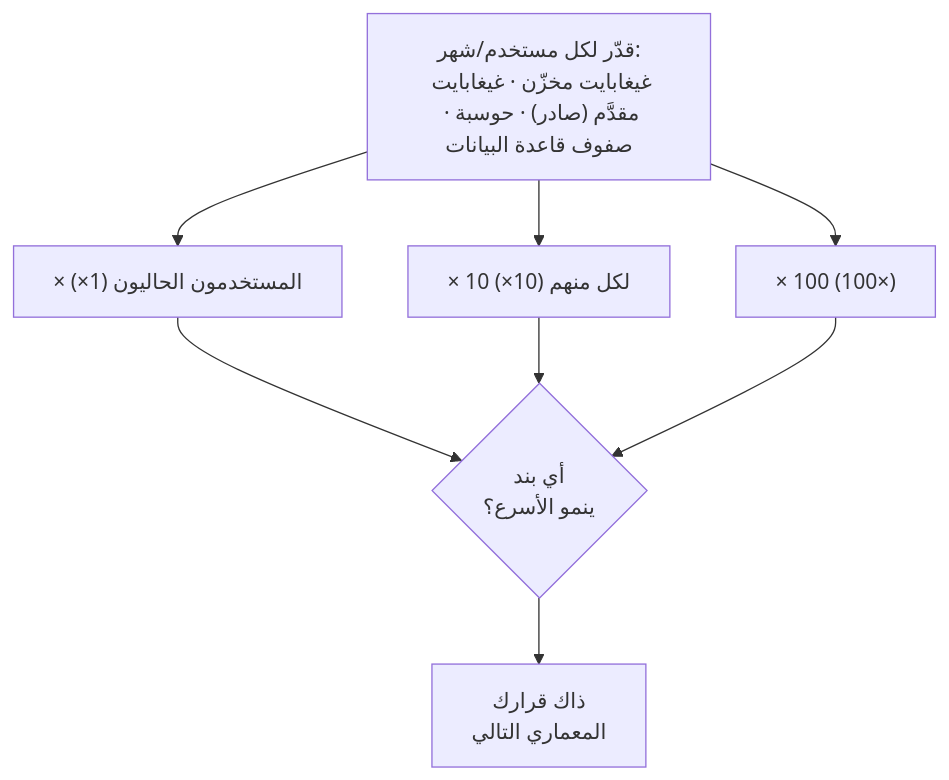
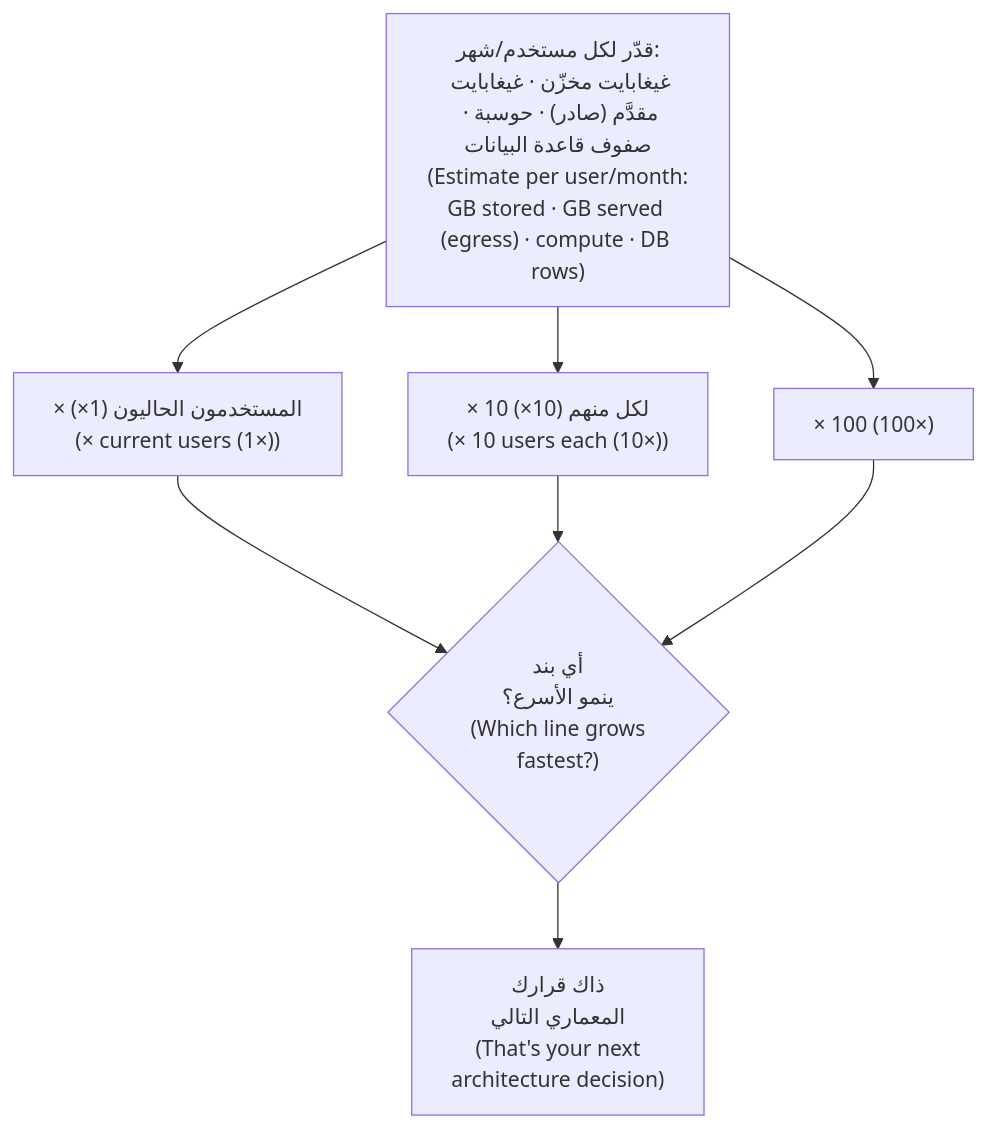
The fourth of 5 diagrams in modules/11-reaching-the-world/module.ar.md (Tamoura/system-design-for-vibe-coders), drawn with Mermaid before and after one commit. The commit also changed other lines of this file and 62 other files, not shown here.

First line of the commit message:
Arabic editions: English on every diagram label, RTL fixes, rebuild

````diff
--- a/modules/11-reaching-the-world/module.ar.md
+++ b/modules/11-reaching-the-world/module.ar.md
@@ -333,8 +333,8 @@
 ```mermaid
 flowchart TD
-    A["قدّر لكل مستخدم/شهر:<br/>غيغابايت مخزّن · غيغابايت مقدَّم (صادر) · حوسبة · صفوف قاعدة البيانات"] --> B["× المستخدمون الحاليون (1×)"]
-    A --> C["× 10 لكل منهم (10×)"]
+    A["قدّر لكل مستخدم/شهر:<br/>غيغابايت مخزّن · غيغابايت مقدَّم (صادر) · حوسبة · صفوف قاعدة البيانات<br/>(Estimate per user/month:<br/>GB stored · GB served (egress) · compute · DB rows)"] --> B["× المستخدمون الحاليون (1×)<br/>(× current users (1×))"]
+    A --> C["× 10 لكل منهم (10×)<br/>(× 10 users each (10×))"]
     A --> D["× 100 (100×)"]
-    B & C & D --> E{"أي بند<br/>ينمو الأسرع؟"}
-    E --> F["ذاك قرارك<br/>المعماري التالي"]
+    B & C & D --> E{"أي بند<br/>ينمو الأسرع؟<br/>(Which line grows<br/>fastest?)"}
+    E --> F["ذاك قرارك<br/>المعماري التالي<br/>(That's your next<br/>architecture decision)"]
 ```
````
